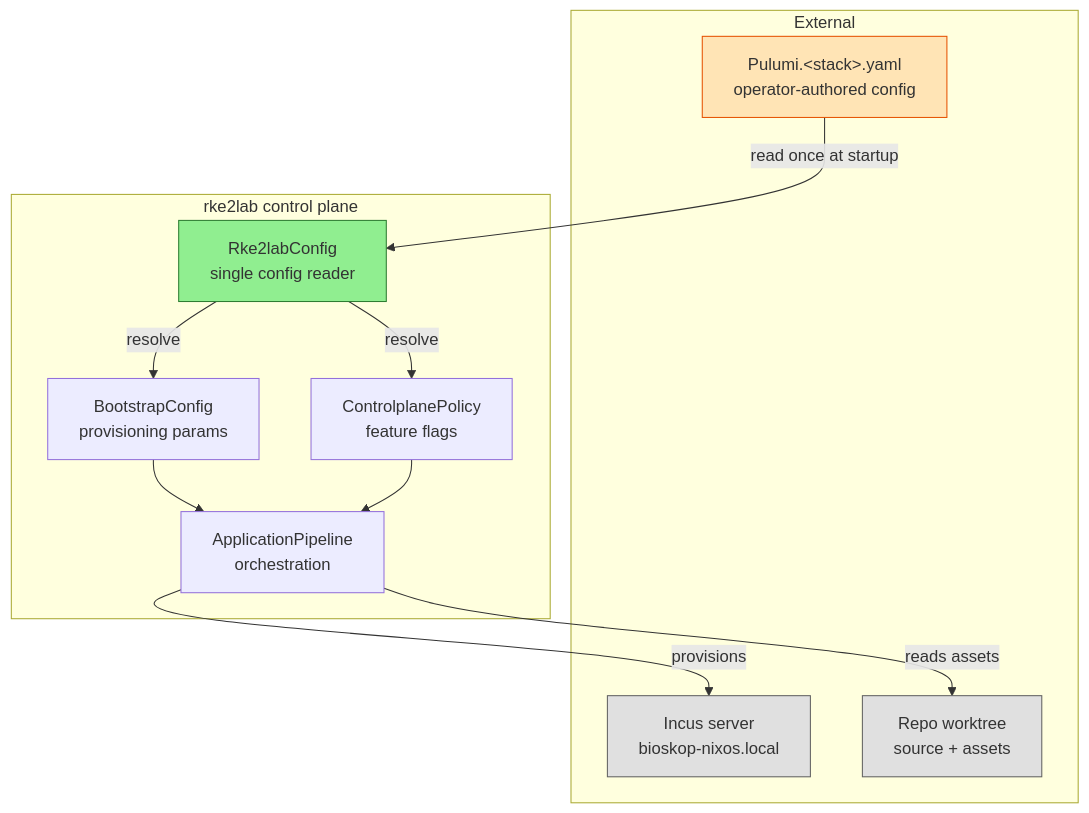
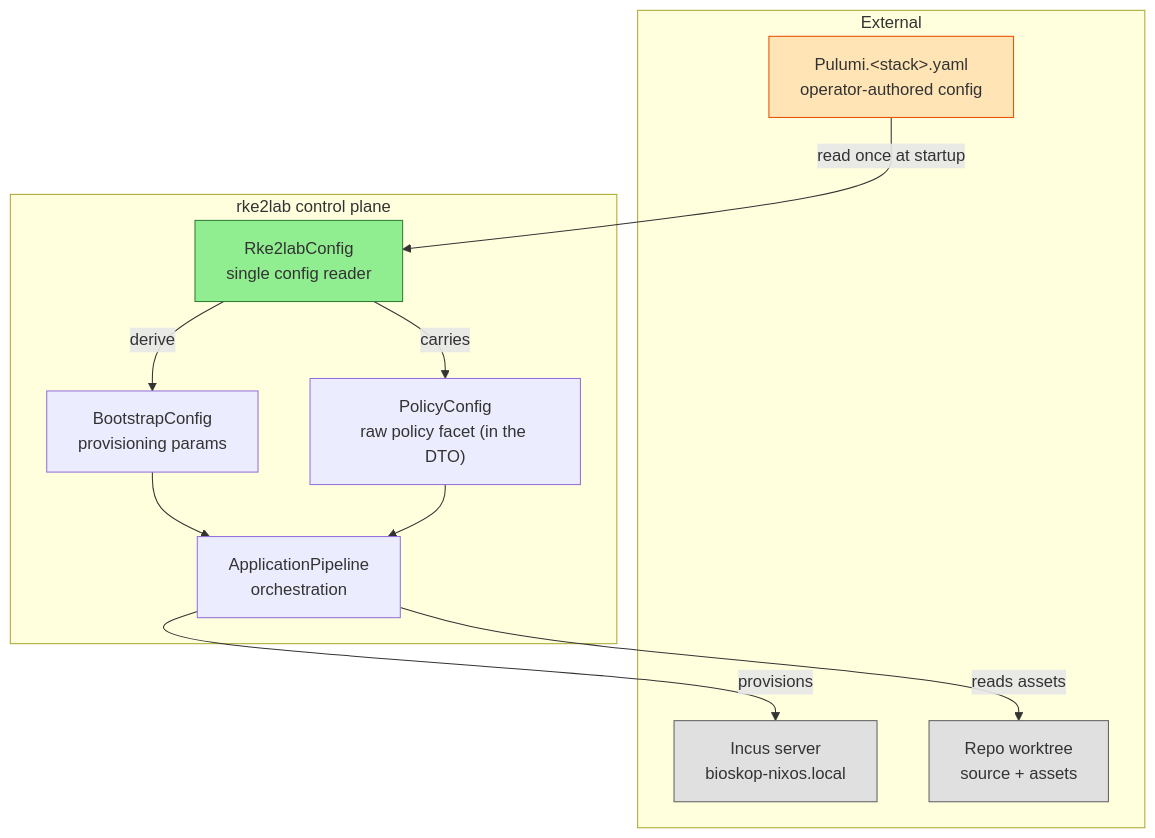
One commit to nxmatic/rke2lab changed the first of 8 diagrams in docs/architecture/config/config-restructuring-spec.adoc. Above: the diagram before and after it, drawn with Mermaid. The commit also changed other lines of this file and 18 other files, not shown here.

```diff
--- a/docs/architecture/config/config-restructuring-spec.adoc
+++ b/docs/architecture/config/config-restructuring-spec.adoc
@@ -65,29 +65,29 @@
 [mermaid]
 ----
 graph TB
     subgraph External
         YAML["Pulumi.&lt;stack&gt;.yaml<br/>operator-authored config"]
         INCUS["Incus server<br/>bioskop-nixos.local"]
         WT["Repo worktree<br/>source + assets"]
     end
 
     subgraph "rke2lab control plane"
         CONFIG["Rke2labConfig<br/>single config reader"]
         BOOT["BootstrapConfig<br/>provisioning params"]
-        POLICY["ControlplanePolicy<br/>feature flags"]
+        POLICY["PolicyConfig<br/>raw policy facet (in the DTO)"]
         PIPE["ApplicationPipeline<br/>orchestration"]
     end
 
     YAML -->|"read once at startup"| CONFIG
-    CONFIG -->|"resolve"| BOOT
-    CONFIG -->|"resolve"| POLICY
+    CONFIG -->|"derive"| BOOT
+    CONFIG -->|"carries"| POLICY
     BOOT --> PIPE
     POLICY --> PIPE
     PIPE -->|"provisions"| INCUS
     PIPE -->|"reads assets"| WT
 
     style CONFIG fill:#90EE90,stroke:#2e7d32
     style YAML fill:#FFE4B5,stroke:#e65100
     style INCUS fill:#E0E0E0,stroke:#616161
     style WT fill:#E0E0E0,stroke:#616161
 ----
```
